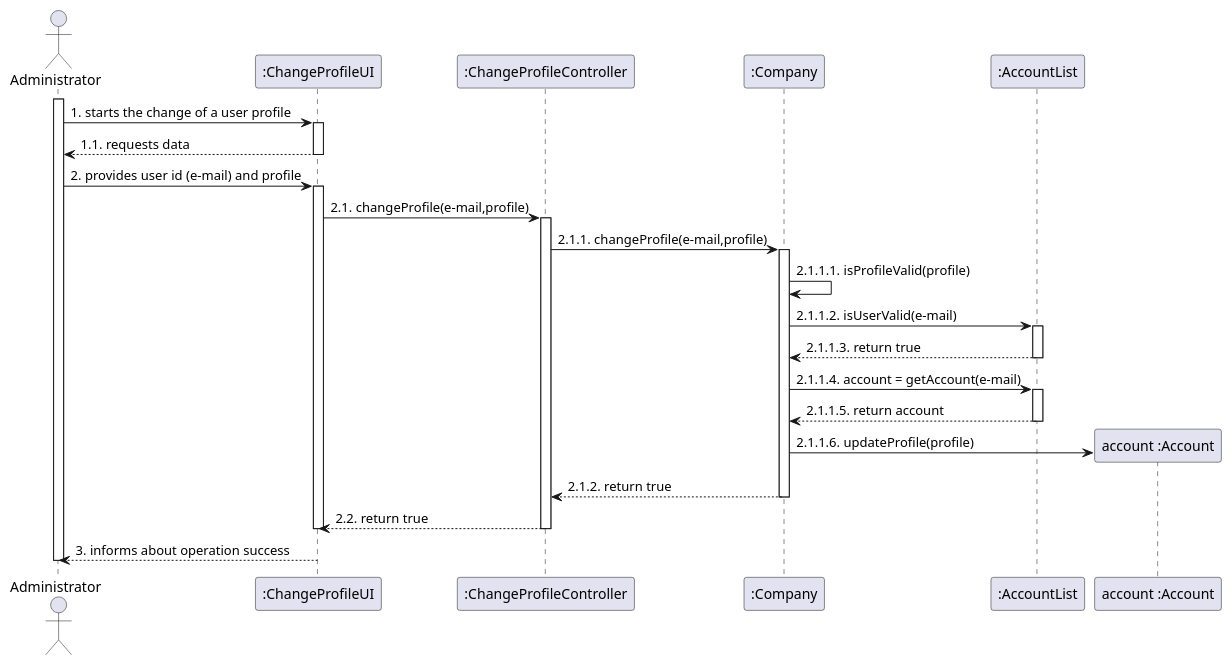
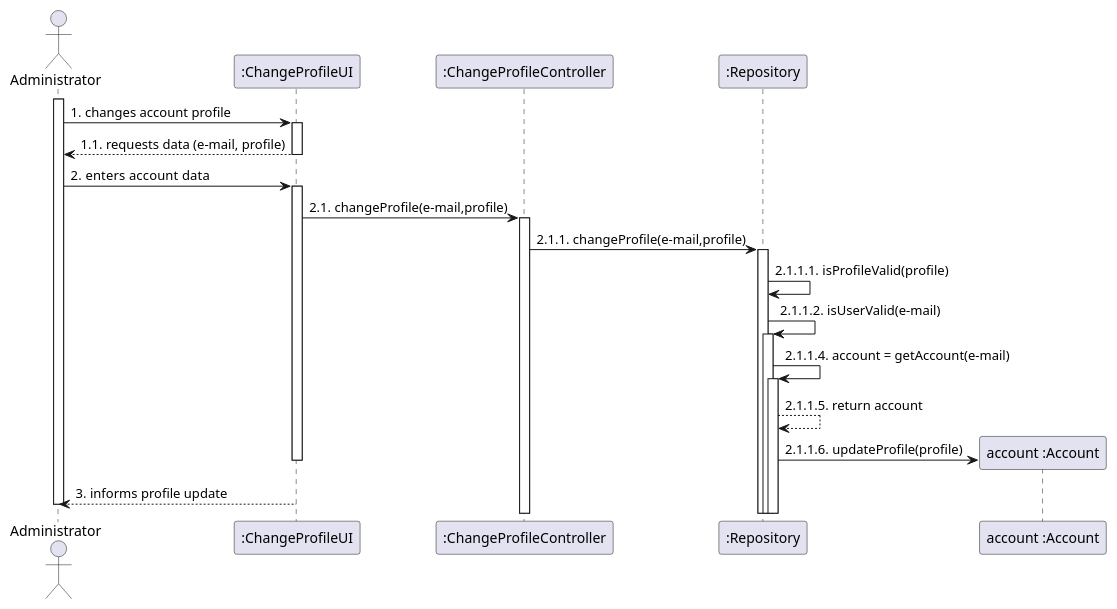
Before and after one commit to Loracline/project_switch_22-23: the diagram in docs/modelling_design/user_stories/us003/US003_Sequence_Diagram.puml, drawn with PlantUML. The commit also changed 1 other file, not shown here.

Commit message:
US003 : Design : Updating Sequence Diagram and Class Diagram  (Use Case: to change profile).

```diff
--- a/docs/modelling_design/user_stories/us003/US003_Sequence_Diagram.puml
+++ b/docs/modelling_design/user_stories/us003/US003_Sequence_Diagram.puml
@@ -2,46 +2,41 @@
 @startuml
 
 /'autonumber'/
 actor Administrator
 participant ":ChangeProfileUI" as ui
 participant ":ChangeProfileController" as Controller
-participant ":Company" as company
-participant ":AccountList" as userList
+participant ":Repository" as repository
 participant "account :Account" as account
 
 activate Administrator
-Administrator -> ui: 1. starts the change of a user profile
+Administrator -> ui: 1. changes account profile
 activate ui
-Administrator <-- ui: 1.1. requests data
+Administrator <-- ui: 1.1. requests data (e-mail, profile)
 deactivate ui
-Administrator -> ui: 2. provides user id (e-mail) and profile
+Administrator -> ui: 2.  enters account data
 activate ui
 ui -> Controller: 2.1. changeProfile(e-mail,profile)
 activate Controller
-Controller -> company: 2.1.1. changeProfile(e-mail,profile)
-activate company
-company -> company: 2.1.1.1. isProfileValid(profile)
-company -> userList: 2.1.1.2. isUserValid(e-mail)
-activate userList
-userList --> company: 2.1.1.3. return true
-deactivate userList
-company -> userList: 2.1.1.4. account = getAccount(e-mail)
-activate userList
-userList --> company: 2.1.1.5. return account
-deactivate userList
+Controller -> repository: 2.1.1. changeProfile(e-mail,profile)
+activate repository
+repository -> repository: 2.1.1.1. isProfileValid(profile)
+repository -> repository: 2.1.1.2. isUserValid(e-mail)
+activate repository
+
+repository -> repository: 2.1.1.4. account = getAccount(e-mail)
+activate repository
+repository --> repository: 2.1.1.5. return account
 create account
-company -> account: 2.1.1.6. updateProfile(profile)
-company --> Controller: 2.1.2. return true
-deactivate company
-Controller --> ui: 2.2. return true
-deactivate Controller
+repository -> account: 2.1.1.6. updateProfile(profile)
+
+
 deactivate ui
-ui --> Administrator: 3. informs about operation success
+ui --> Administrator: 3. informs profile update
 deactivate Administrator
 
 /'Controller -> Controller: isUserValid (e-mail)
 Controller -> Controller: isProfileValid (profile)
 
 Controller --> account: changeProfile (e-mail, profile)'/
 
 @enduml
```
